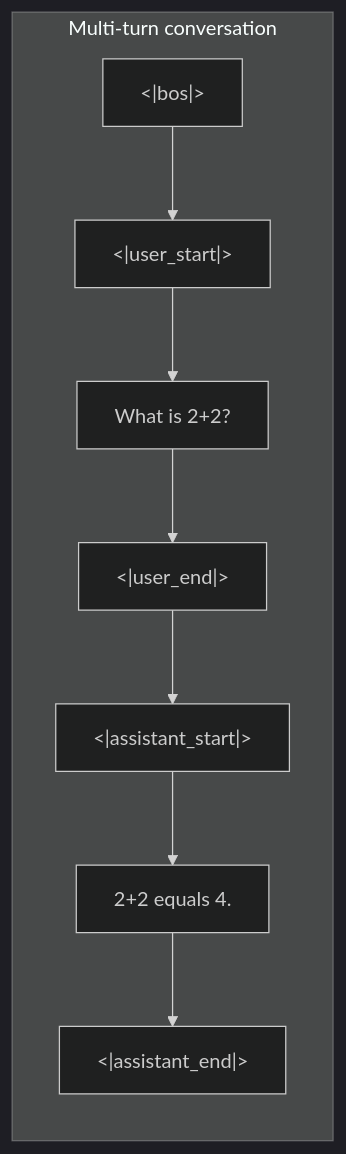
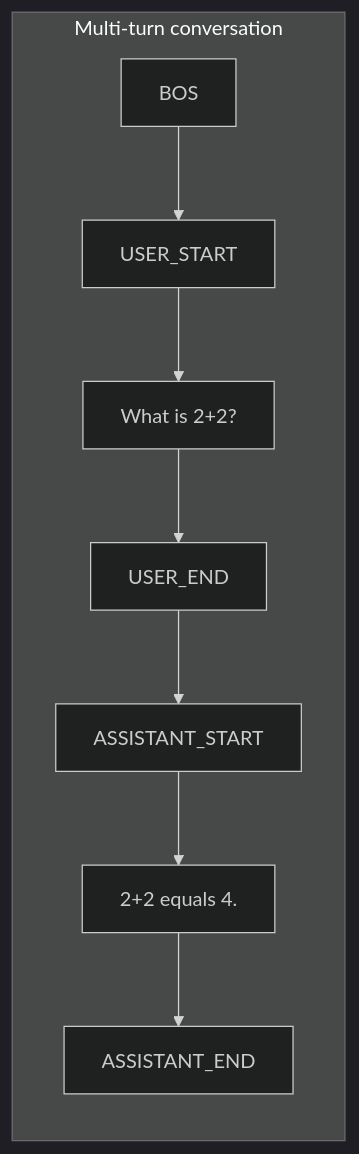
Before and after one commit to meever/nanochat: the third of 6 diagrams in learn/03_tokenizer.md, drawn with Mermaid (dark theme). The commit also changed other lines of this file and 11 other files, not shown here.

````diff
--- a/learn/03_tokenizer.md
+++ b/learn/03_tokenizer.md
@@ -145,14 +145,14 @@
 ```mermaid
 flowchart LR
   subgraph Conversation["Multi-turn conversation"]
-    BOS["<|bos|>"]
-    US1["<|user_start|>"]
+    BOS["BOS"]
+    US1["USER_START"]
     U1["What is 2+2?"]
-    UE1["<|user_end|>"]
-    AS1["<|assistant_start|>"]
+    UE1["USER_END"]
+    AS1["ASSISTANT_START"]
     A1["2+2 equals 4."]
-    AE1["<|assistant_end|>"]
+    AE1["ASSISTANT_END"]
   end
 
   BOS --> US1 --> U1 --> UE1 --> AS1 --> A1 --> AE1
 ```
````
